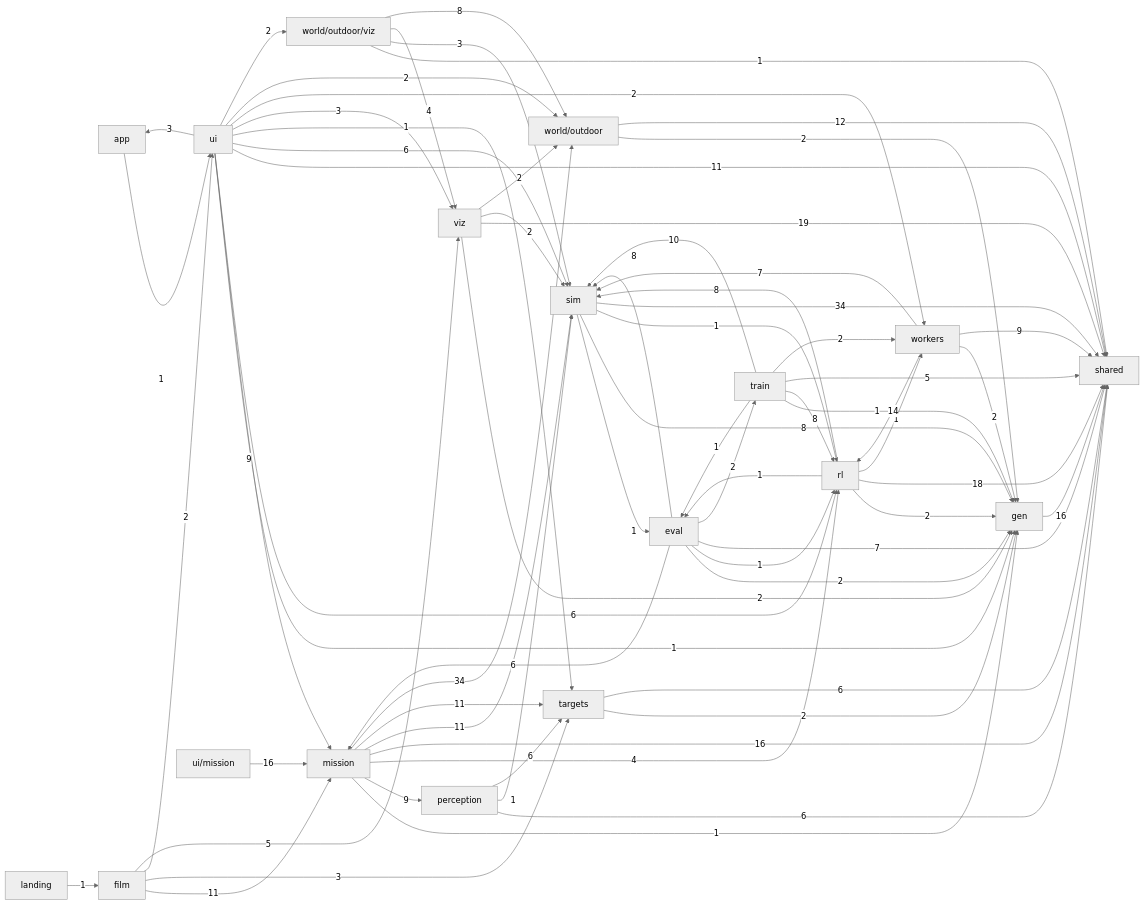
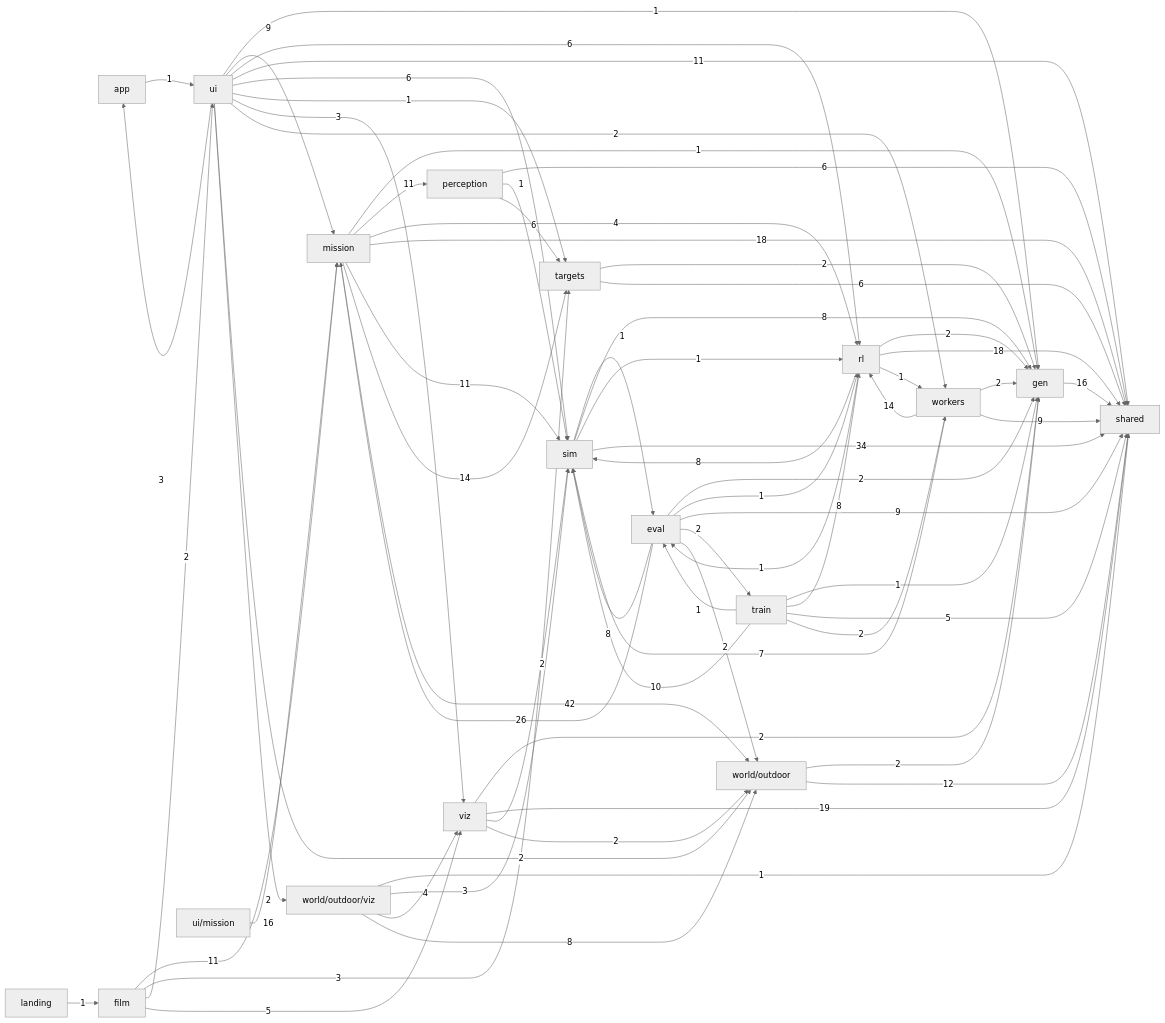
Before and after one commit to alexnieves-cs/frontier-fly: the second of 2 diagrams in docs/ARCHITECTURE.md, drawn with Mermaid (neutral theme). The commit also changed other lines of this file and 7 other files, not shown here.

```diff
--- a/docs/ARCHITECTURE.md
+++ b/docs/ARCHITECTURE.md
@@ -94,11 +94,12 @@
   world_outdoor_viz["world/outdoor/viz"]
   app -->|1| ui
   eval -->|2| gen
-  eval -->|6| mission
+  eval -->|26| mission
   eval -->|1| rl
-  eval -->|7| shared
+  eval -->|9| shared
   eval -->|8| sim
   eval -->|2| train
+  eval -->|2| world_outdoor
   film -->|11| mission
   film -->|3| targets
   film -->|2| ui
@@ -106,12 +107,12 @@
   gen -->|16| shared
   landing -->|1| film
   mission -->|1| gen
-  mission -->|9| perception
+  mission -->|11| perception
   mission -->|4| rl
-  mission -->|16| shared
+  mission -->|18| shared
   mission -->|11| sim
-  mission -->|11| targets
-  mission -->|34| world_outdoor
+  mission -->|14| targets
+  mission -->|42| world_outdoor
   perception -->|6| shared
   perception -->|1| sim
   perception -->|6| targets
```
